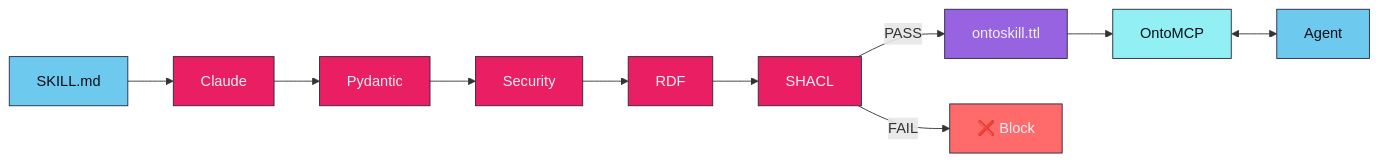
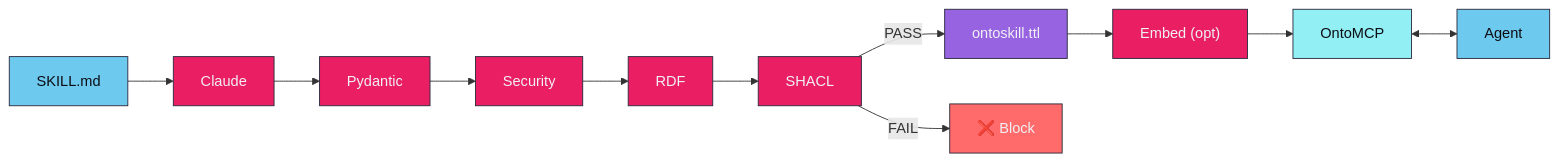
Before and after one commit to mareasoftware/ontoclaw: the first of 4 diagrams in site/src/content/docs/docs/architecture.md, drawn with Mermaid. The commit also changed other lines of this file and 103 other files, not shown here.

````diff
--- a/site/src/content/docs/docs/architecture.md
+++ b/site/src/content/docs/docs/architecture.md
@@ -10,17 +10,18 @@
 ```mermaid
 flowchart LR
     MD["SKILL.md"] --> LLM["Claude"] --> PYD["Pydantic"] --> SEC["Security"] --> RDF["RDF"] --> SHACL["SHACL"]
-    SHACL -->|"PASS"| TTL["ontoskill.ttl"] --> MCP["OntoMCP"] <--> AGENT["Agent"]
+    SHACL -->|"PASS"| TTL["ontoskill.ttl"] --> EMBED["Embed (opt)"] --> MCP["OntoMCP"] <--> AGENT["Agent"]
     SHACL -->|"FAIL"| FAIL["❌ Block"]
 
     style MD fill:#6dc9ee,stroke:#2a2a3e,color:#0d0d14
     style LLM fill:#e91e63,stroke:#2a2a3e,color:#f0f0f5
     style PYD fill:#e91e63,stroke:#2a2a3e,color:#f0f0f5
     style SEC fill:#e91e63,stroke:#2a2a3e,color:#f0f0f5
     style RDF fill:#e91e63,stroke:#2a2a3e,color:#f0f0f5
+    style EMBED fill:#e91e63,stroke:#2a2a3e,color:#f0f0f5
     style SHACL fill:#e91e63,stroke:#2a2a3e,color:#f0f0f5
     style TTL fill:#9763e1,stroke:#2a2a3e,color:#f0f0f5
     style MCP fill:#92eff4,stroke:#2a2a3e,color:#0d0d14
     style AGENT fill:#6dc9ee,stroke:#2a2a3e,color:#0d0d14
     style FAIL fill:#ff6b6b,stroke:#2a2a3e,color:#f0f0f5
 ```
````
